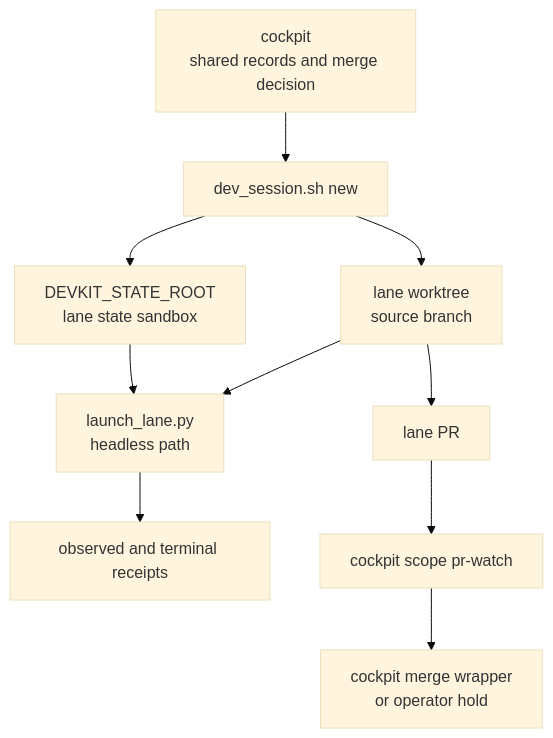
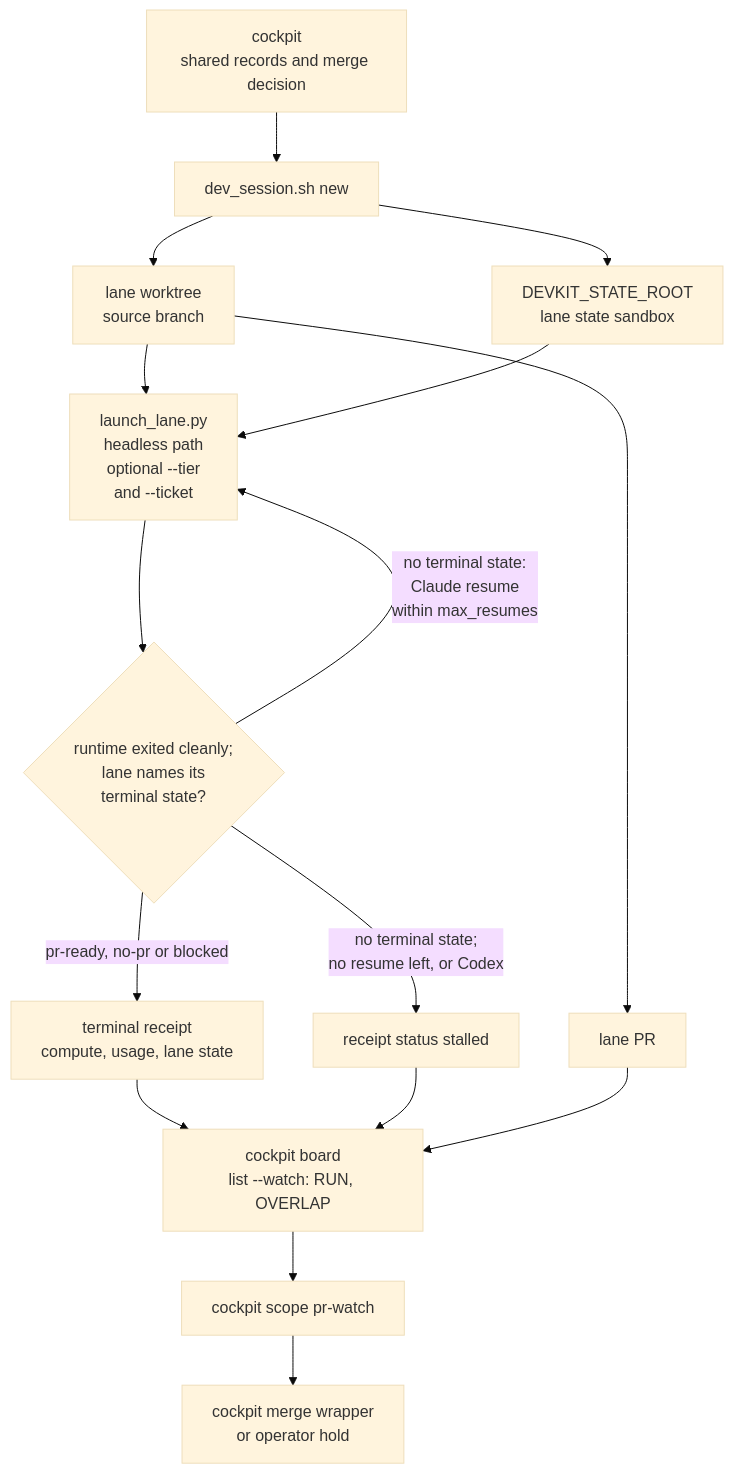
The fourth of 6 diagrams in docs/architecture.md (topij/agentic-dev-kit), drawn with Mermaid (base theme) before and after one commit. The commit also changed other lines of this file and 6 other files, not shown here.

First line of the commit message:
docs: bring reader guides and diagrams up to date with lane, review and cleanup work (#1295)

````diff
--- a/docs/architecture.md
+++ b/docs/architecture.md
@@ -168,12 +183,18 @@
 ```mermaid
 flowchart TB
     Cockpit["cockpit<br/>shared records and merge decision"] --> Issuer["dev_session.sh new"]
     Issuer --> Worktree["lane worktree<br/>source branch"]
     Issuer --> Sandbox["DEVKIT_STATE_ROOT<br/>lane state sandbox"]
-    Worktree --> Launcher["launch_lane.py<br/>headless path"]
+    Worktree --> Launcher["launch_lane.py<br/>headless path<br/>optional --tier<br/>and --ticket"]
     Sandbox --> Launcher
-    Launcher --> Receipt["observed and terminal receipts"]
+    Launcher --> Terminal{"runtime exited cleanly;<br/>lane names its<br/>terminal state?"}
+    Terminal -->|"pr-ready, no-pr or blocked"| Receipt["terminal receipt<br/>compute, usage, lane state"]
+    Terminal -->|"no terminal state:<br/>Claude resume<br/>within max_resumes"| Launcher
+    Terminal -->|"no terminal state;<br/>no resume left, or Codex"| Stalled["receipt status stalled"]
     Worktree --> PR["lane PR"]
-    PR --> Watch["cockpit scope pr-watch"]
+    Receipt --> Board["cockpit board<br/>list --watch: RUN, OVERLAP"]
+    Stalled --> Board
+    PR --> Board
+    Board --> Watch["cockpit scope pr-watch"]
     Watch --> Merge["cockpit merge wrapper<br/>or operator hold"]
 ```
````
